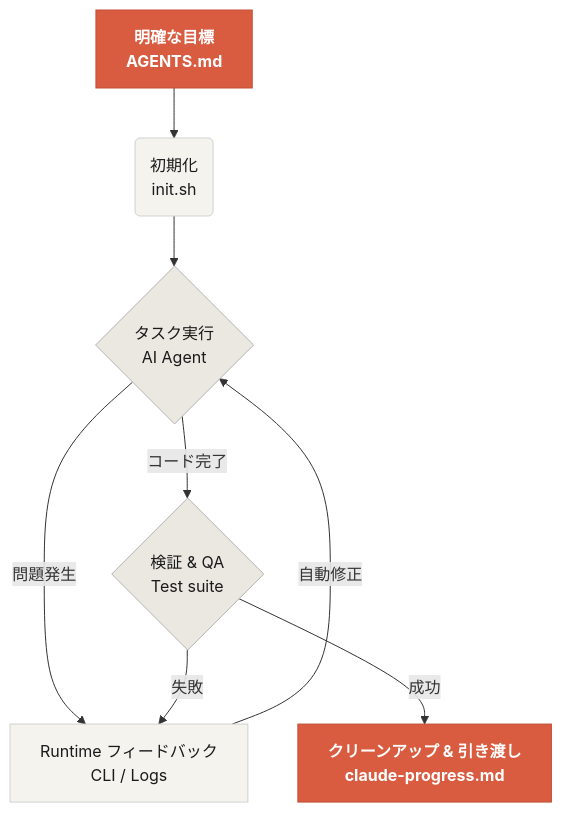
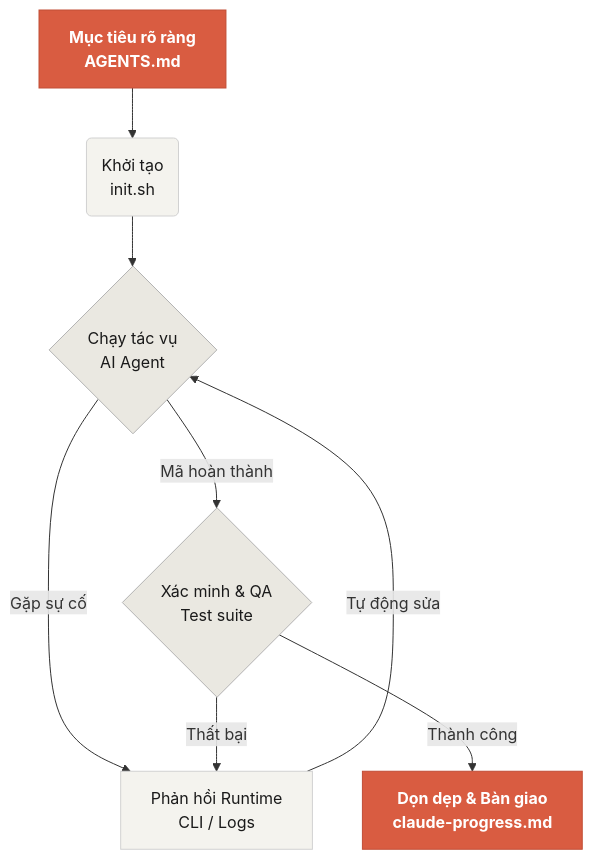
Before and after one commit to mkusaka/learn-harness-engineering: the diagram in docs/vi/index.md, drawn with Mermaid. The commit also changed other lines of this file and 684 other files, not shown here.

````diff
--- a/docs/vi/index.md
+++ b/docs/vi/index.md
@@ -34,18 +34,18 @@
 ```mermaid
 graph TD
-    A["明確な目標<br/>AGENTS.md"] --> B("初期化<br/>init.sh")
-    B --> C{"タスク実行<br/>AI Agent"}
-    C -->|問題発生| D["Runtime フィードバック<br/>CLI / Logs"]
-    D -->|自動修正| C
-    C -->|コード完了| E{"検証 & QA<br/>Test suite"}
-    E -->|失敗| D
-    E -->|成功| F["クリーンアップ & 引き渡し<br/>claude-progress.md"]
+    A["Mục tiêu rõ ràng<br/>AGENTS.md"] --> B("Khởi tạo<br/>init.sh")
+    B --> C{"Chạy tác vụ<br/>AI Agent"}
+    C -->|Gặp sự cố| D["Phản hồi Runtime<br/>CLI / Logs"]
+    D -->|Tự động sửa| C
+    C -->|Mã hoàn thành| E{"Xác minh & QA<br/>Test suite"}
+    E -->|Thất bại| D
+    E -->|Thành công| F["Dọn dẹp & Bàn giao<br/>claude-progress.md"]
     
     classDef primary fill:#D95C41,stroke:#C14E36,color:#fff,font-weight:bold;
     classDef process fill:#F4F3EE,stroke:#D1D1D1,color:#1A1A1A;
     classDef check fill:#EAE8E1,stroke:#B3B3B3,color:#1A1A1A;
     
     class A,F primary;
     class B,D process;
     class C,E check;
 ```
````
